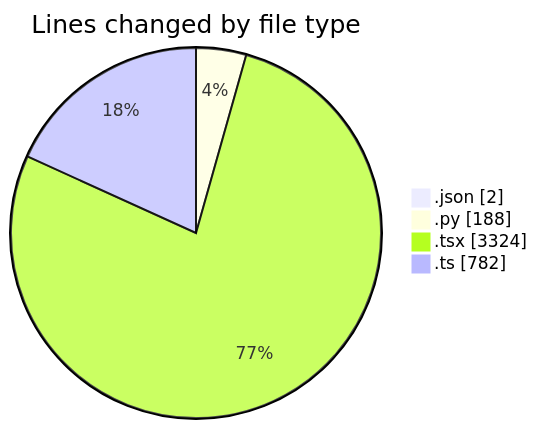
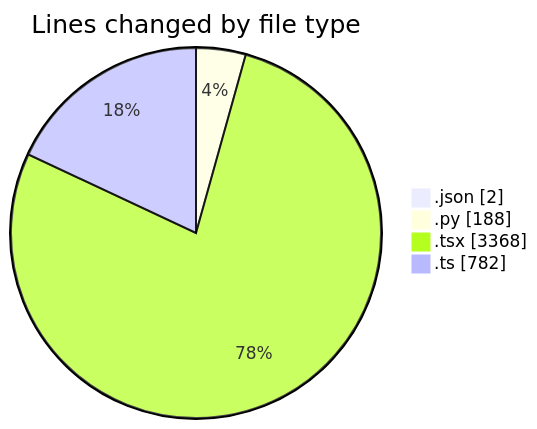
One commit to julien-gomy/code-tracking changed the first of 2 diagrams in 2025-10-06/eventscop-frontend-guide__workspace_/README.md. Above: the diagram before and after it, drawn with Mermaid. The commit also changed other lines of this file and 1 other file, not shown here.

````diff
--- a/2025-10-06/eventscop-frontend-guide__workspace_/README.md
+++ b/2025-10-06/eventscop-frontend-guide__workspace_/README.md
@@ -47,8 +47,8 @@
 ```mermaid
 pie showData
 title Lines changed by file type
 ".json" : 2
 ".py" : 188
-".tsx" : 3324
+".tsx" : 3368
 ".ts" : 782
 ```
````
